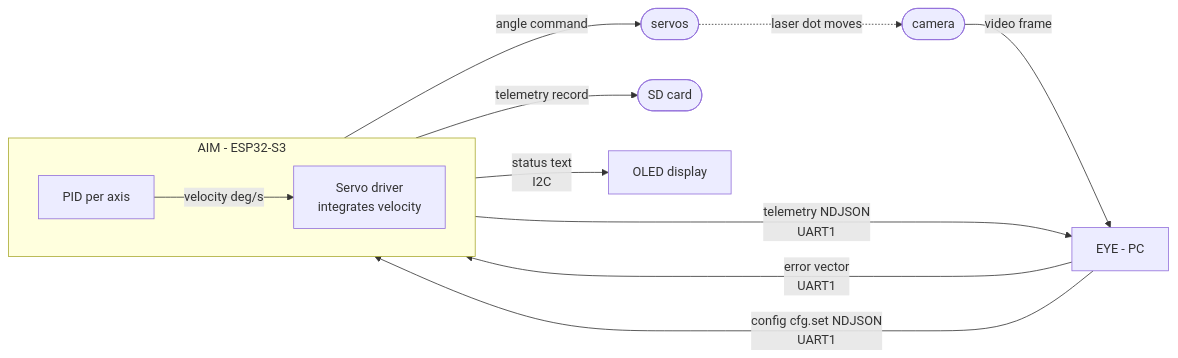
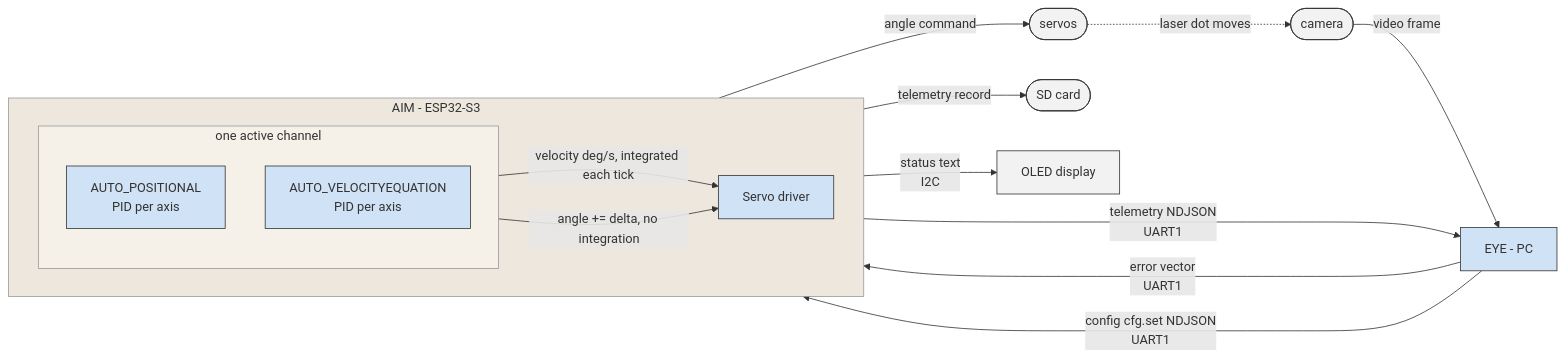
The diagram in workshop-7-final_project/docs/diagrams/data-flow.md (melnikvitaly/workshops), drawn with Mermaid before and after one commit. The commit also changed other lines of this file and 12 other files, not shown here.

````diff
--- a/workshop-7-final_project/docs/diagrams/data-flow.md
+++ b/workshop-7-final_project/docs/diagrams/data-flow.md
@@ -7,17 +7,30 @@
 ```mermaid
 flowchart LR
     camera([camera]) -->|video frame| EYE[EYE - PC]
 
     subgraph AIM[AIM - ESP32-S3]
         direction LR
-        CTRL[PID per axis] -->|velocity deg/s| GIMBAL[Servo driver<br/>integrates velocity]
+        subgraph CTRL[one active channel]
+            direction TB
+            CTRL_POS["AUTO_POSITIONAL<br/>PID per axis"]
+            CTRL_VEQ["AUTO_VELOCITYEQUATION<br/>PID per axis"]
+        end
+        CTRL_POS -->|velocity deg/s, integrated each tick| GIMBAL[Servo driver]
+        CTRL_VEQ -->|angle += delta, no integration| GIMBAL
     end
 
     EYE -->|error vector<br/>UART1| CTRL
     EYE -->|config cfg.set NDJSON<br/>UART1| CTRL
     CTRL -->|telemetry NDJSON<br/>UART1| EYE
     GIMBAL -->|angle command| SERVOS([servos])
     SERVOS -.->|laser dot moves| camera
     CTRL -->|telemetry record| SD([SD card])
     CTRL -->|status text<br/>I2C| OLED[OLED display]
+
+    classDef compute fill:#D0E2F5,stroke:#333,stroke-width:1px;
+    classDef external fill:#F2F2F2,stroke:#333,stroke-width:1px;
+    class EYE,CTRL_POS,CTRL_VEQ,GIMBAL compute
+    class camera,SERVOS,SD,OLED external
+    style AIM fill:#EDE7DE,stroke:#999
+    style CTRL fill:#F5F1E9,stroke:#999
 ```
````
